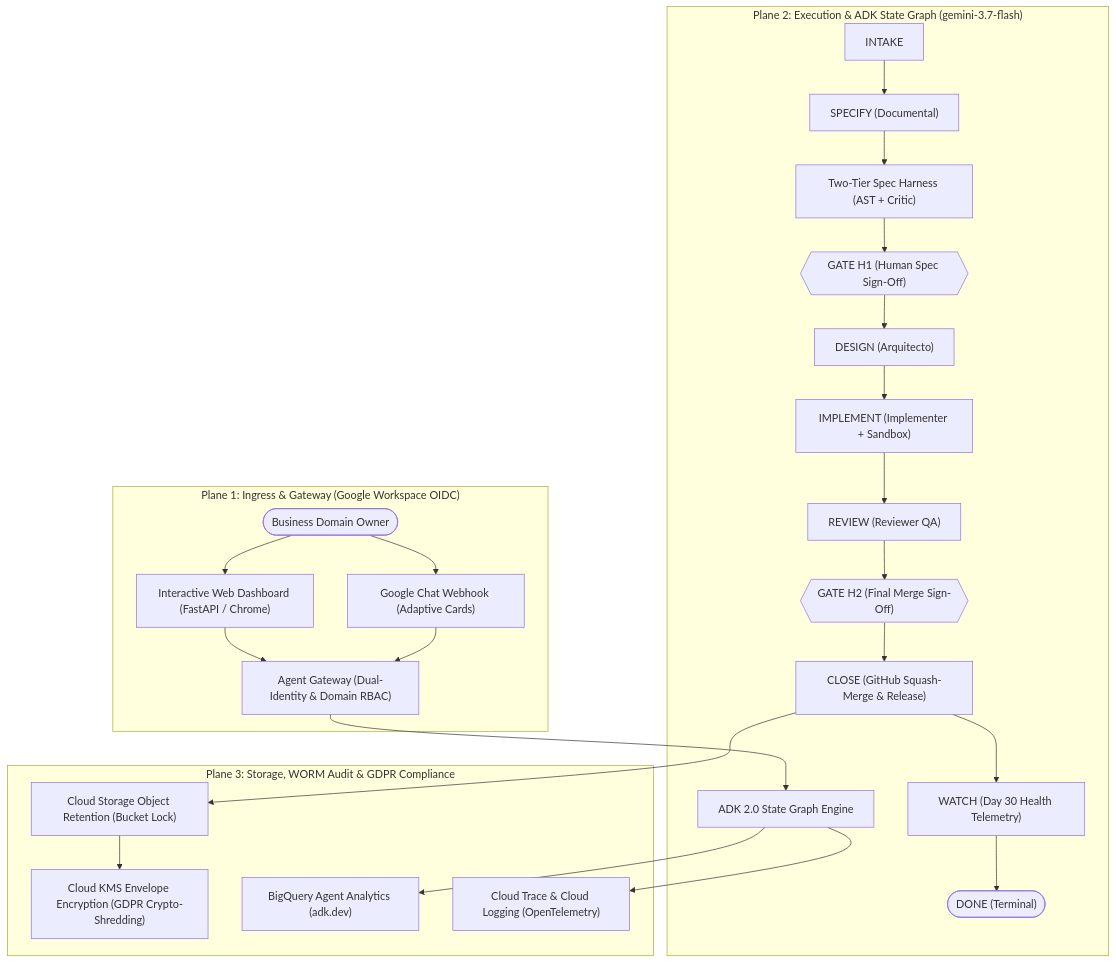
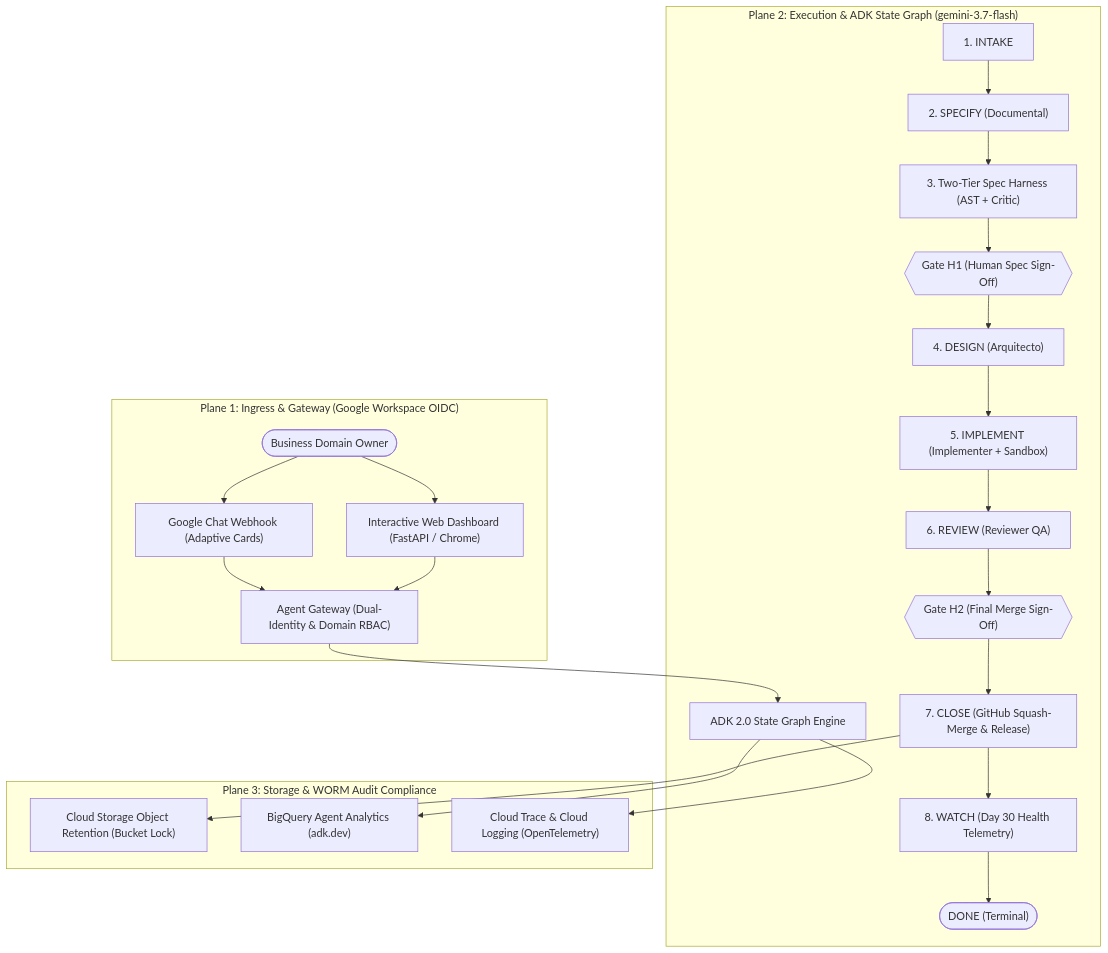
One commit to Gbrit642/sdo-delivery-platform changed the diagram in docs/architecture.md. Above: the diagram before and after it, drawn with Mermaid. The commit also changed other lines of this file and 12 other files, not shown here.

````diff
--- a/docs/architecture.md
+++ b/docs/architecture.md
@@ -7,31 +7,30 @@
 ```mermaid
 flowchart TD
     subgraph Plane1 ["Plane 1: Ingress & Gateway (Google Workspace OIDC)"]
         User(["Business Domain Owner"]) --> Chat["Google Chat Webhook (Adaptive Cards)"]
         User --> WebUI["Interactive Web Dashboard (FastAPI / Chrome)"]
         Chat --> AGW["Agent Gateway (Dual-Identity & Domain RBAC)"]
         WebUI --> AGW
     end
 
     subgraph Plane2 ["Plane 2: Execution & ADK State Graph (gemini-3.7-flash)"]
         AGW --> GraphEngine["ADK 2.0 State Graph Engine"]
         
-        INTAKE["INTAKE"] --> SPECIFY["SPECIFY (Documental)"]
-        SPECIFY --> HARNESS["Two-Tier Spec Harness (AST + Critic)"]
-        HARNESS --> GATE_H1{{"GATE H1 (Human Spec Sign-Off)"}}
-        GATE_H1 --> DESIGN["DESIGN (Arquitecto)"]
-        DESIGN --> IMPLEMENT["IMPLEMENT (Implementer + Sandbox)"]
-        IMPLEMENT --> REVIEW["REVIEW (Reviewer QA)"]
-        REVIEW --> GATE_H2{{"GATE H2 (Final Merge Sign-Off)"}}
-        GATE_H2 --> CLOSE["CLOSE (GitHub Squash-Merge & Release)"]
-        CLOSE --> WATCH["WATCH (Day 30 Health Telemetry)"]
+        INTAKE["1. INTAKE"] --> SPECIFY["2. SPECIFY (Documental)"]
+        SPECIFY --> HARNESS["3. Two-Tier Spec Harness (AST + Critic)"]
+        HARNESS --> GATE_H1{{"Gate H1 (Human Spec Sign-Off)"}}
+        GATE_H1 --> DESIGN["4. DESIGN (Arquitecto)"]
+        DESIGN --> IMPLEMENT["5. IMPLEMENT (Implementer + Sandbox)"]
+        IMPLEMENT --> REVIEW["6. REVIEW (Reviewer QA)"]
+        REVIEW --> GATE_H2{{"Gate H2 (Final Merge Sign-Off)"}}
+        GATE_H2 --> CLOSE["7. CLOSE (GitHub Squash-Merge & Release)"]
+        CLOSE --> WATCH["8. WATCH (Day 30 Health Telemetry)"]
         WATCH --> DONE(["DONE (Terminal)"])
     end
 
-    subgraph Plane3 ["Plane 3: Storage, WORM Audit & GDPR Compliance"]
+    subgraph Plane3 ["Plane 3: Storage & WORM Audit Compliance"]
         CLOSE --> WORM["Cloud Storage Object Retention (Bucket Lock)"]
-        WORM --> KMS["Cloud KMS Envelope Encryption (GDPR Crypto-Shredding)"]
         GraphEngine --> BQ_ANALYTICS["BigQuery Agent Analytics (adk.dev)"]
         GraphEngine --> OTEL["Cloud Trace & Cloud Logging (OpenTelemetry)"]
     end
 ```
````
